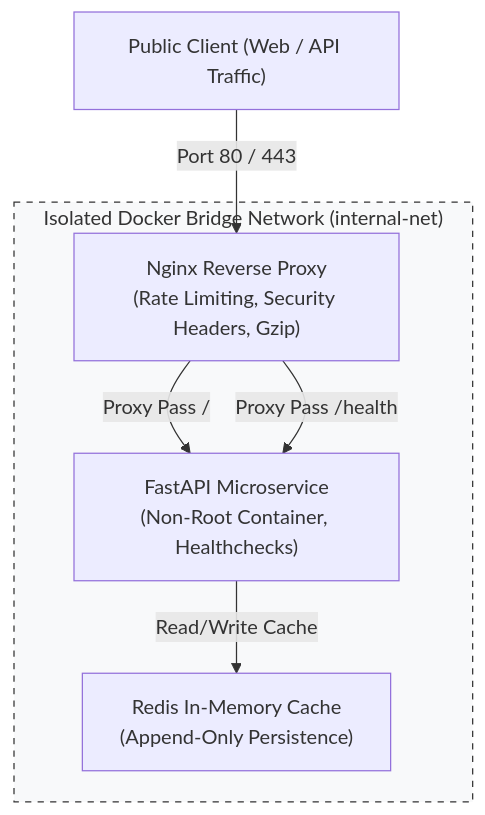
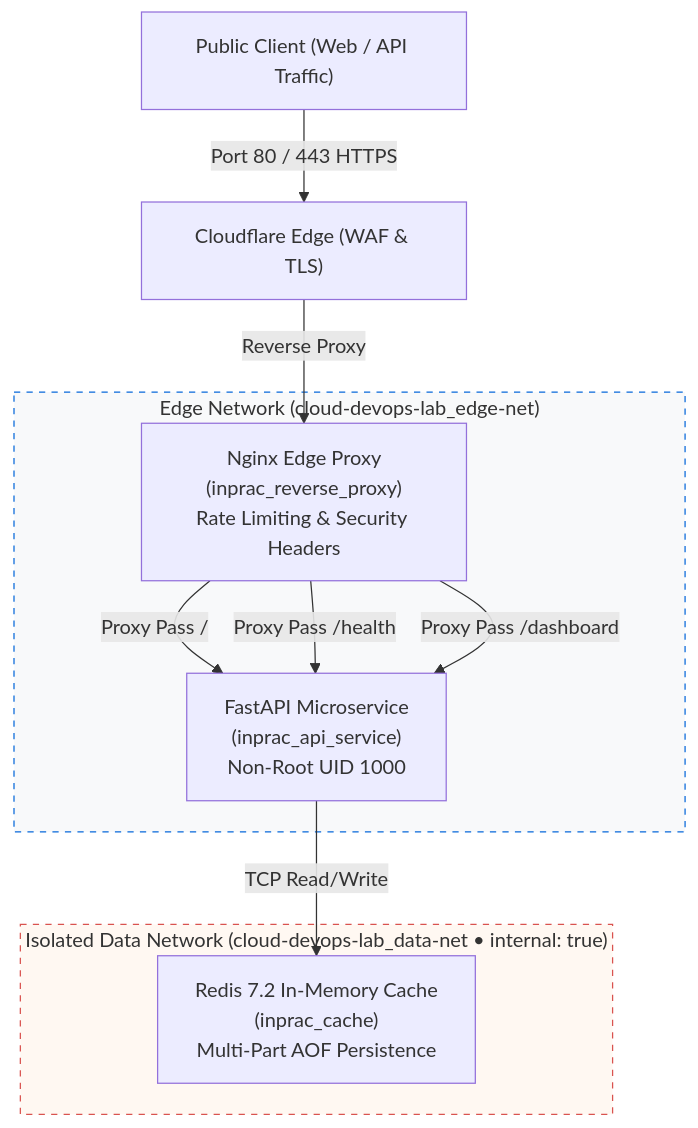
One commit to jobin-jr/cloud-devops-lab changed the diagram in README.md. Above: the diagram before and after it, drawn with Mermaid. The commit also changed other lines of this file and 6 other files, not shown here.

````diff
--- a/README.md
+++ b/README.md
@@ -17,12 +35,18 @@
 ```mermaid
 graph TD
-    Client["Public Client (Web / API Traffic)"] -->|Port 80 / 443| Nginx["Nginx Reverse Proxy<br>(Rate Limiting, Security Headers, Gzip)"]
+    Client["Public Client (Web / API Traffic)"] -->|Port 80 / 443 HTTPS| Cloudflare["Cloudflare Edge (WAF & TLS)"]
+    Cloudflare -->|Reverse Proxy| Nginx["Nginx Edge Proxy<br>(inprac_reverse_proxy)<br>Rate Limiting & Security Headers"]
     
-    subgraph Internal_Docker_Network["Isolated Docker Bridge Network (internal-net)"]
-        Nginx -->|Proxy Pass /| API["FastAPI Microservice<br>(Non-Root Container, Healthchecks)"]
+    subgraph Edge_Network["Edge Network (cloud-devops-lab_edge-net)"]
+        Nginx -->|Proxy Pass /| API["FastAPI Microservice<br>(inprac_api_service)<br>Non-Root UID 1000"]
         Nginx -->|Proxy Pass /health| API
-        API -->|Read/Write Cache| Redis["Redis In-Memory Cache<br>(Append-Only Persistence)"]
+        Nginx -->|Proxy Pass /dashboard| API
+    end
+
+    subgraph Data_Network["Isolated Data Network (cloud-devops-lab_data-net • internal: true)"]
+        API -->|TCP Read/Write| Redis["Redis 7.2 In-Memory Cache<br>(inprac_cache)<br>Multi-Part AOF Persistence"]
     end
     
-    style Internal_Docker_Network fill:#f8f9fa,stroke:#333,stroke-dasharray: 5 5
+    style Edge_Network fill:#f8f9fa,stroke:#0969da,stroke-dasharray: 5 5
+    style Data_Network fill:#fff8f2,stroke:#d9534f,stroke-dasharray: 5 5
 ```
````
